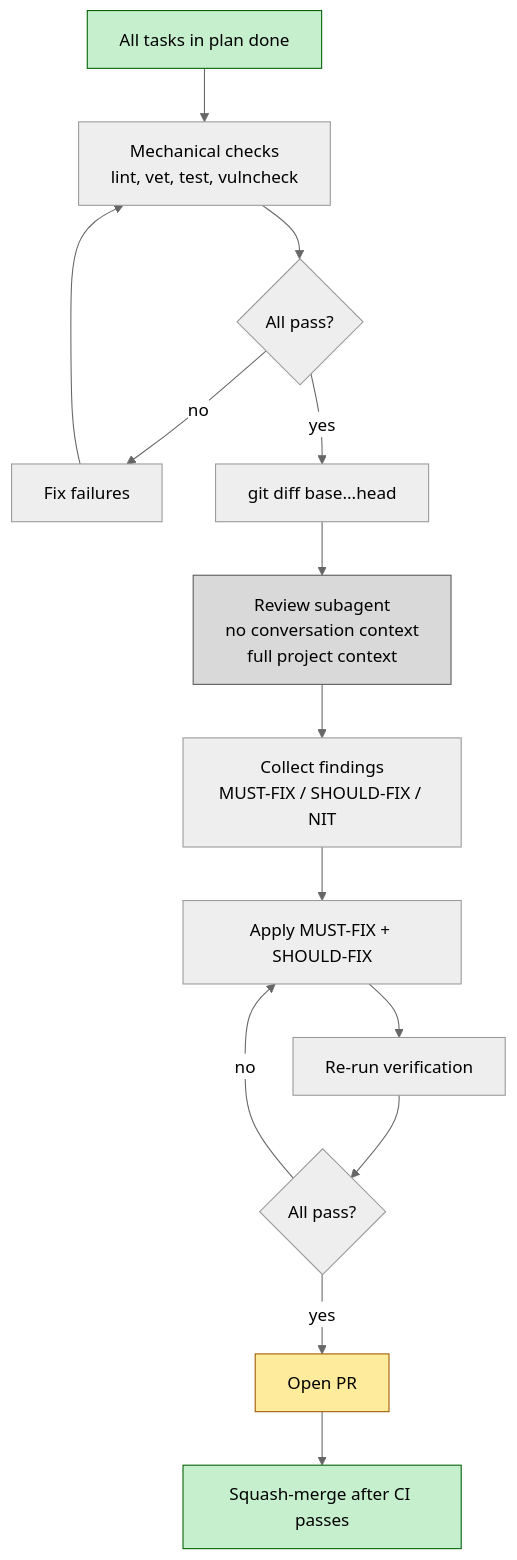
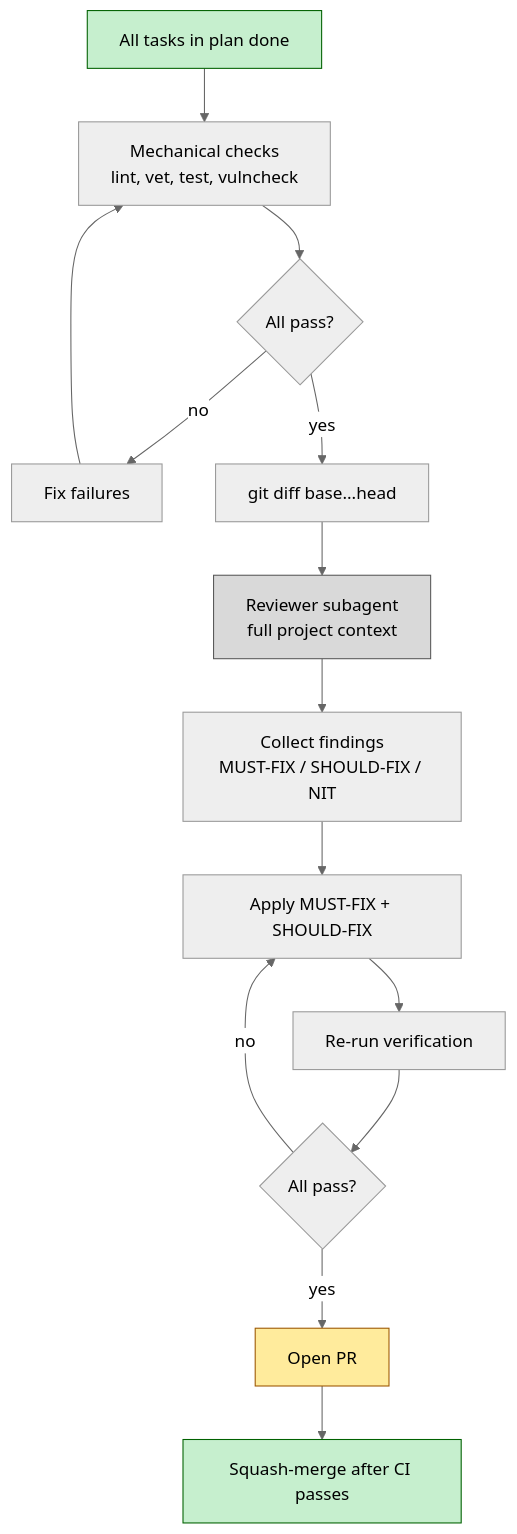
One commit to bperin/project-context changed the fourth of 4 diagrams in src/workflows/overview.md. Above: the diagram before and after it, drawn with Mermaid (neutral theme). The commit also changed other lines of this file and 20 other files, not shown here.

````diff
--- a/src/workflows/overview.md
+++ b/src/workflows/overview.md
@@ -89,21 +87,21 @@
 ```mermaid
 flowchart TD
     START["All tasks in plan done"] --> MECH["Mechanical checks<br/>lint, vet, test, vulncheck"]
     MECH --> CHK{"All pass?"}
     CHK -->|no| FIX["Fix failures"]
     FIX --> MECH
     CHK -->|yes| DIFF["git diff base...head"]
-    DIFF --> AGENT["Review subagent<br/>no conversation context<br/>full project context"]
+    DIFF --> AGENT["Reviewer subagent<br/>full project context"]
     AGENT --> FIND["Collect findings<br/>MUST-FIX / SHOULD-FIX / NIT"]
     FIND --> APPLY["Apply MUST-FIX + SHOULD-FIX"]
     APPLY --> REV["Re-run verification"]
     REV --> RC{"All pass?"}
     RC -->|no| APPLY
     RC -->|yes| OPENPR["Open PR"]
     OPENPR --> MERGE["Squash-merge after CI passes"]
 
     style START fill:#C6EFCE,stroke:#006100
     style AGENT fill:#D9D9D9,stroke:#595959
     style MERGE fill:#C6EFCE,stroke:#006100
     style OPENPR fill:#FFEB9C,stroke:#9C5700
 ```
````
